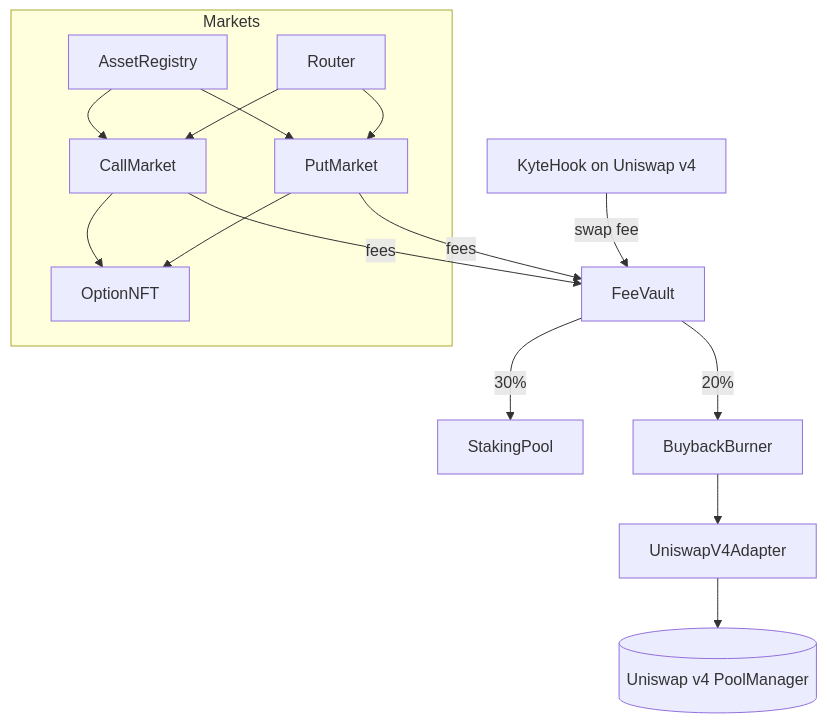
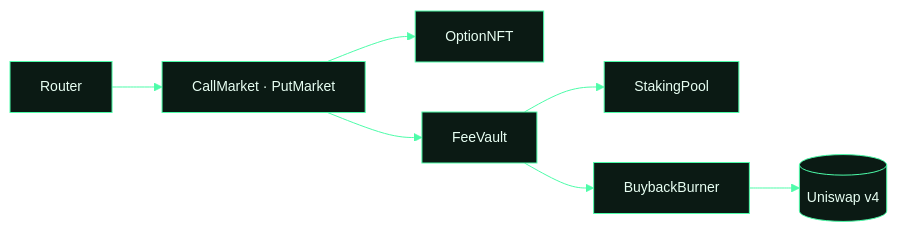
Before and after one commit to usekyte/kyte-abis: the diagram in README.md, drawn with Mermaid. The commit also changed other lines of this file, not shown here.

Commit message:
Update 2026-11-06

````diff
--- a/README.md
+++ b/README.md
@@ -33,17 +33,8 @@
 ```mermaid
-flowchart TB
-  subgraph Markets
-    AR[AssetRegistry] --> CM[CallMarket]
-    AR --> PM[PutMarket]
-    CM --> NFT[OptionNFT]
-    PM --> NFT
-    R[Router] --> CM
-    R --> PM
-  end
-  CM -- fees --> FV[FeeVault]
-  PM -- fees --> FV
-  H[KyteHook on Uniswap v4] -- swap fee --> FV
-  FV -- 30% --> SP[StakingPool]
-  FV -- 20% --> BB[BuybackBurner]
-  BB --> AD[UniswapV4Adapter] --> U[(Uniswap v4 PoolManager)]
+%%{init: {'theme':'base','themeVariables':{'primaryColor':'#0b1a14','primaryTextColor':'#e8fff3','primaryBorderColor':'#4dfca9','lineColor':'#4dfca9','secondaryColor':'#071a1c','tertiaryColor':'#111','fontFamily':'ui-sans-serif, system-ui','fontSize':'14px'}}}%%
+flowchart LR
+  M[CallMarket · PutMarket] --> N[OptionNFT]
+  R[Router] --> M
+  M --> V[FeeVault] --> P[StakingPool]
+  V --> B[BuybackBurner] --> U[(Uniswap v4)]
 ```
````
